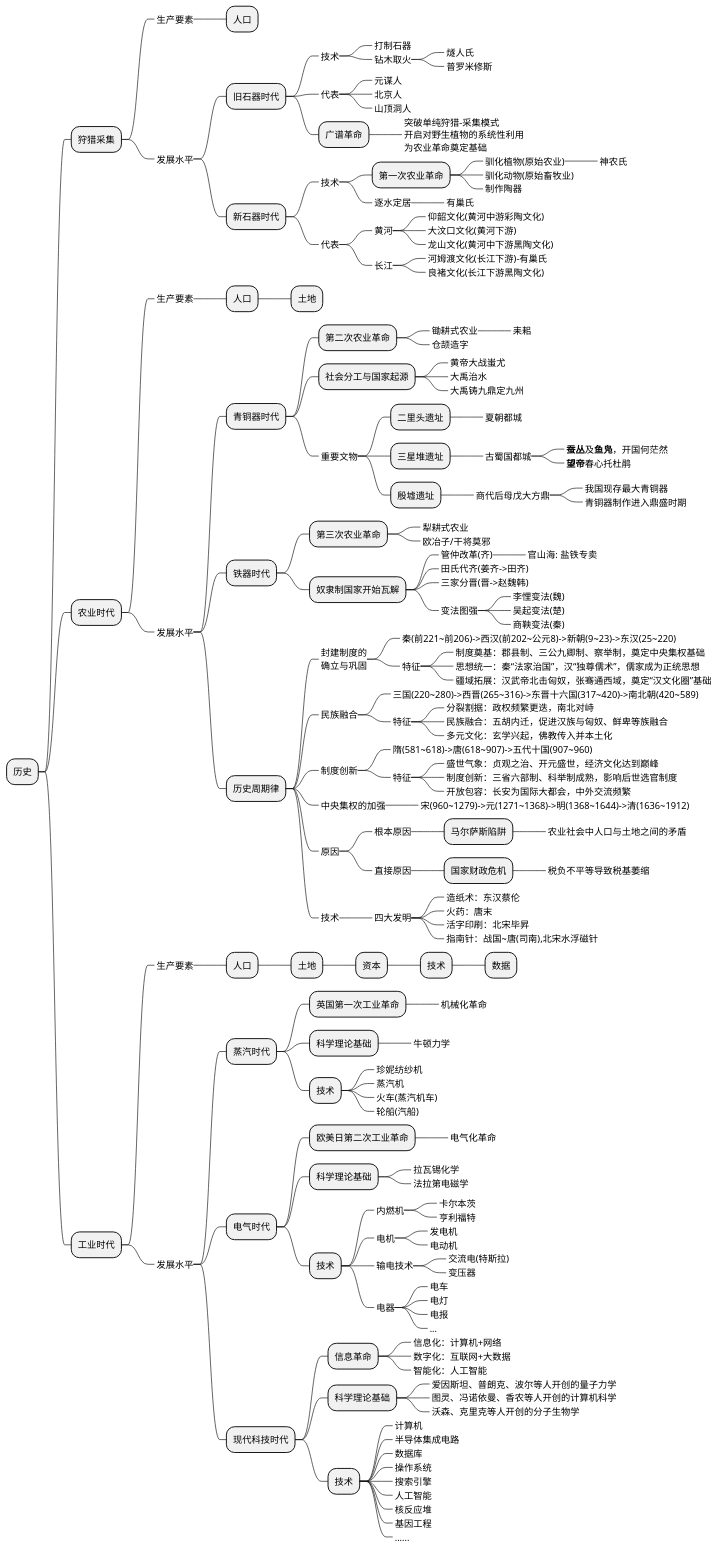
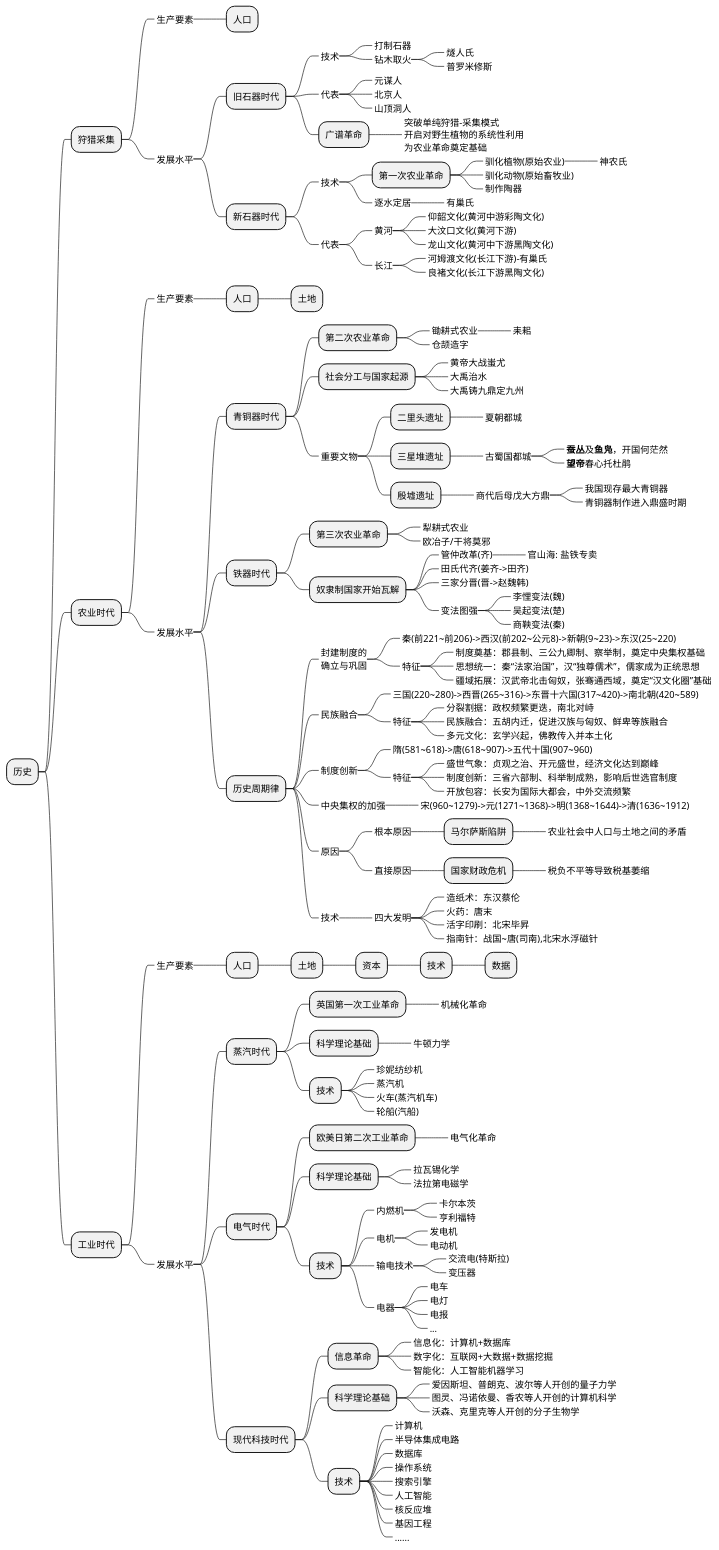
The first of 2 diagrams in source/_posts/economic/economic_and_history.md (holmofy/blog.hufeifei.cn), drawn with PlantUML before and after one commit.

```diff
--- a/source/_posts/economic/economic_and_history.md
+++ b/source/_posts/economic/economic_and_history.md
@@ -164,9 +164,9 @@
 +++++++_ ...
 ++++ 现代科技时代
 +++++ 信息革命
-++++++_ 信息化：计算机+网络
-++++++_ 数字化：互联网+大数据
-++++++_ 智能化：人工智能
+++++++_ 信息化：计算机+数据库
+++++++_ 数字化：互联网+大数据+数据挖掘
+++++++_ 智能化：人工智能机器学习
 +++++ 科学理论基础
 ++++++_ 爱因斯坦、普朗克、波尔等人开创的量子力学
 ++++++_ 图灵、冯诺依曼、香农等人开创的计算机科学
```
